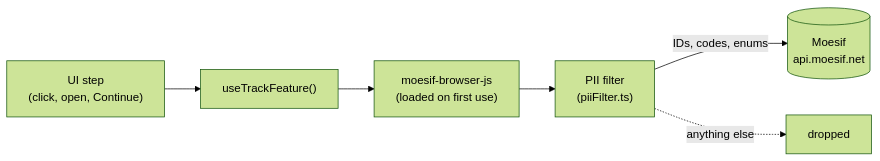
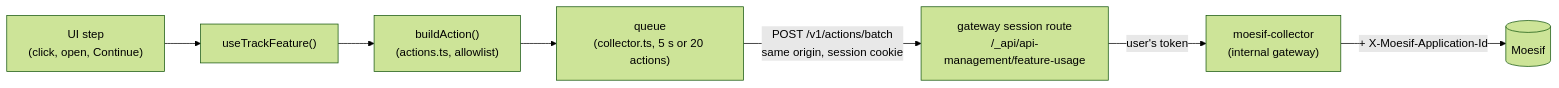
The diagram in portals/api-control-plane/src/featureUsage/README.md (wso2/api-platform), drawn with Mermaid (forest theme) before and after one commit. The commit also changed other lines of this file and 25 other files, not shown here.

Commit message:
Replace Moesif browser js usage with Moesif proxy invocation with action endpoint call

````diff
--- a/portals/api-control-plane/src/featureUsage/README.md
+++ b/portals/api-control-plane/src/featureUsage/README.md
@@ -11,8 +11,9 @@
 ```mermaid
 flowchart LR
   click["UI step<br/>(click, open, Continue)"] --> hook["useTrackFeature()"]
-  hook --> sdk["moesif-browser-js<br/>(loaded on first use)"]
-  sdk --> filter["PII filter<br/>(piiFilter.ts)"]
-  filter -->|"IDs, codes, enums"| moesif[("Moesif<br/>api.moesif.net")]
-  filter -.->|"anything else"| drop["dropped"]
+  hook --> build["buildAction()<br/>(actions.ts, allowlist)"]
+  build --> queue["queue<br/>(collector.ts, 5 s or 20 actions)"]
+  queue -->|"POST /v1/actions/batch<br/>same origin, session cookie"| route["gateway session route<br/>/_api/api-management/feature-usage"]
+  route -->|"user's token"| collector["moesif-collector<br/>(internal gateway)"]
+  collector -->|"+ X-Moesif-Application-Id"| moesif[("Moesif")]
 ```
````
